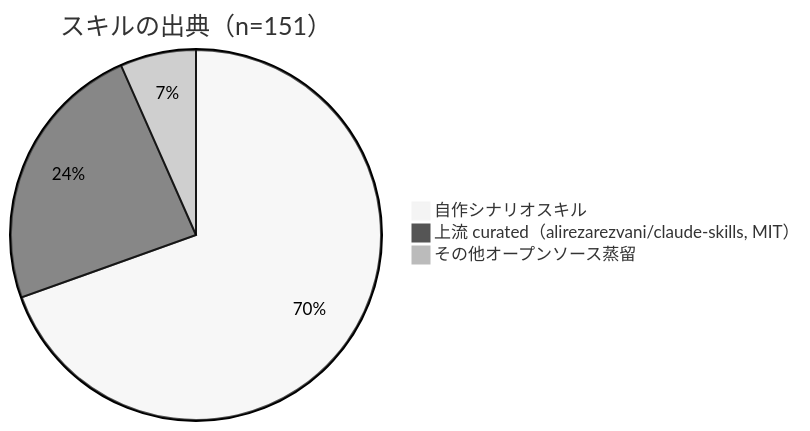
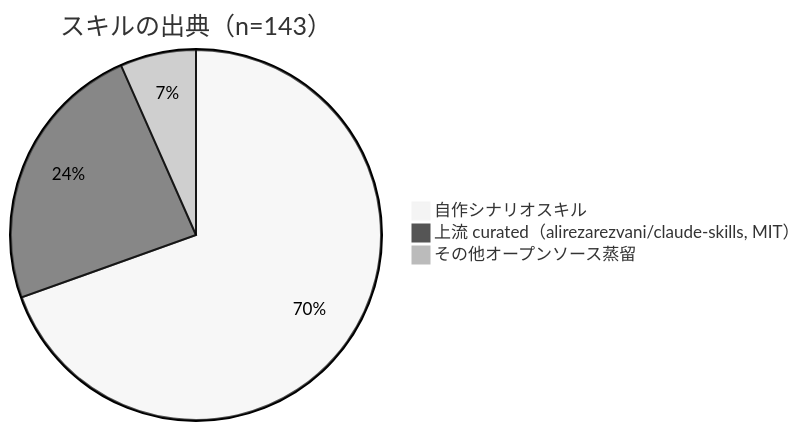
One commit to Morningstar202604/awesome-skillkit changed the second of 3 diagrams in README.ja.md. Above: the diagram before and after it, drawn with Mermaid (neutral theme). The commit also changed other lines of this file and 2 other files, not shown here.

````diff
--- a/README.ja.md
+++ b/README.ja.md
@@ -44,6 +44,6 @@
 ```mermaid
-pie title スキルの出典（n=151）
+pie title スキルの出典（n=143）
     "自作シナリオスキル" : 105
     "上流 curated（alirezarezvani/claude-skills, MIT）" : 36
     "その他オープンソース蒸留" : 10
 ```
````
